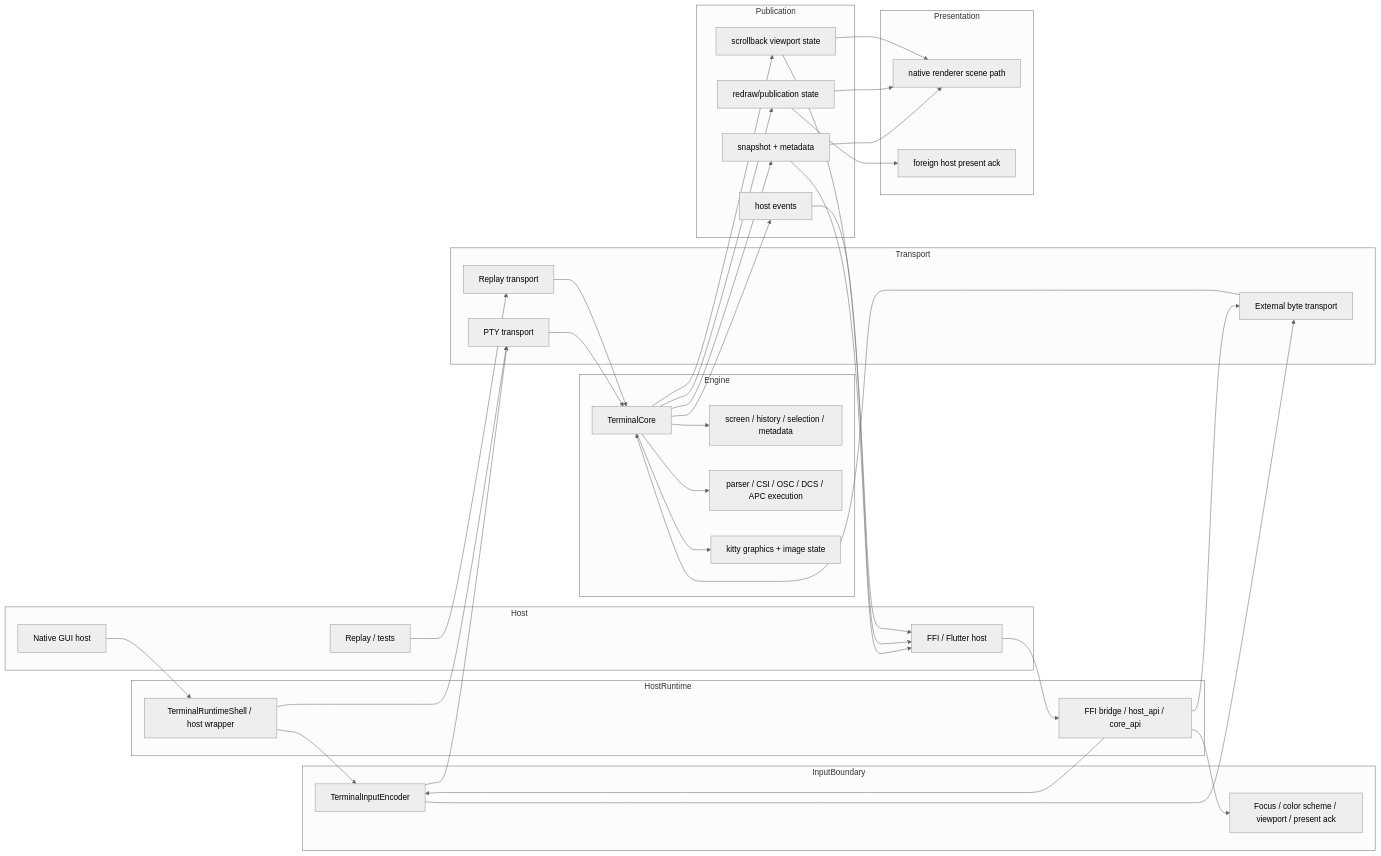
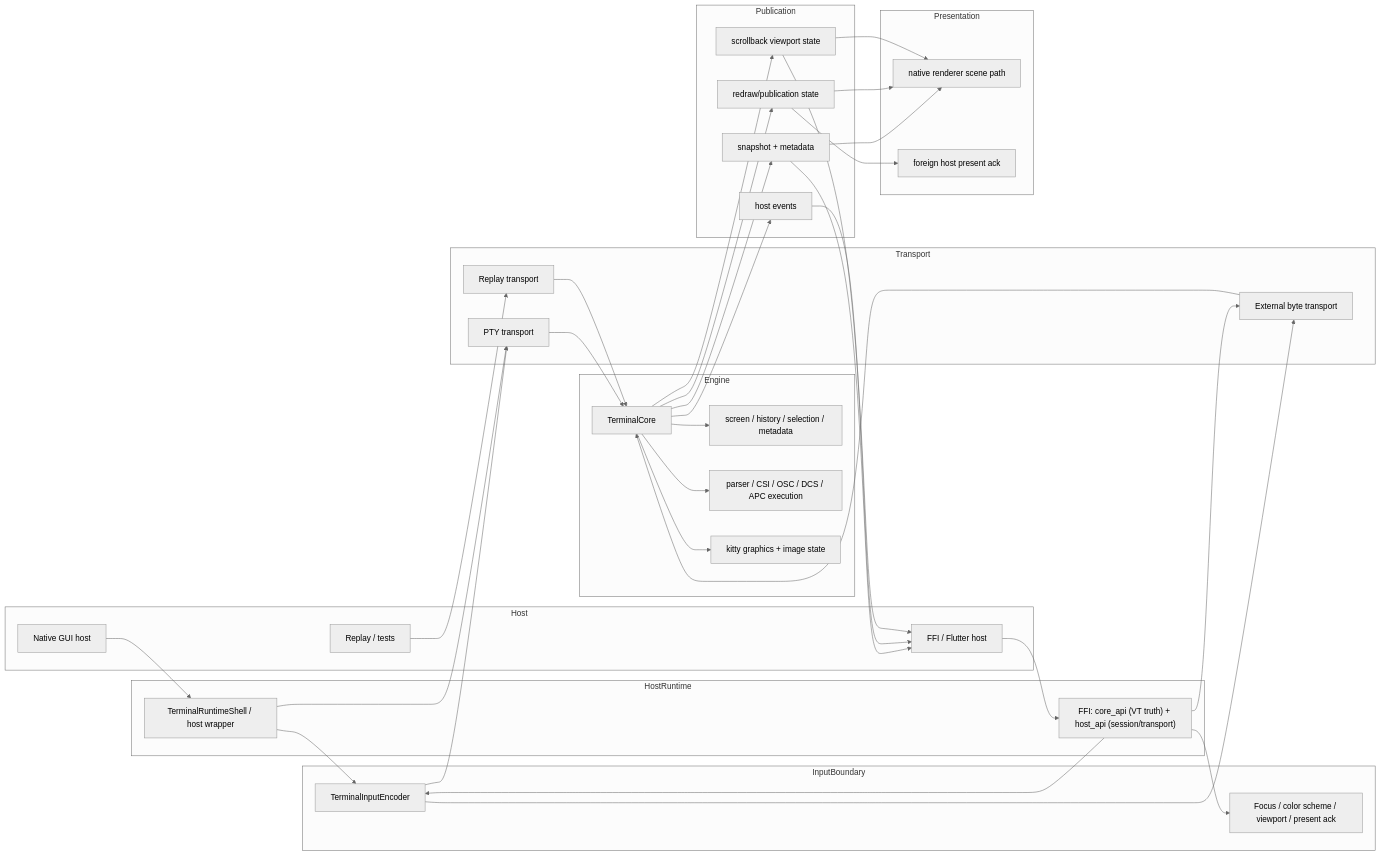
Before and after one commit to LaurenceGuws/Zide: the second of 4 diagrams in app_architecture/terminal/TERMINAL_SUBSYSTEM_LAYERS.md, drawn with Mermaid (neutral theme). The commit also changed other lines of this file, not shown here.

First line of the commit message:
docs(czh): separate VT core FFI from BYO-PTY seam in subsystem layers

````diff
--- a/app_architecture/terminal/TERMINAL_SUBSYSTEM_LAYERS.md
+++ b/app_architecture/terminal/TERMINAL_SUBSYSTEM_LAYERS.md
@@ -59,77 +59,77 @@
 ```mermaid
 flowchart LR
     subgraph Host
         Native["Native GUI host"]
         FFI["FFI / Flutter host"]
         Replay["Replay / tests"]
     end
 
     subgraph HostRuntime
         Shell["TerminalRuntimeShell / host wrapper"]
-        Bridge["FFI bridge / host_api / core_api"]
+        Bridge["FFI: core_api (VT truth) + host_api (session/transport)"]
     end
 
     subgraph InputBoundary
         Encoder["TerminalInputEncoder"]
         HostSignals["Focus / color scheme / viewport / present ack"]
     end
 
     subgraph Transport
         Pty["PTY transport"]
         External["External byte transport"]
         Fixture["Replay transport"]
     end
 
     subgraph Engine
         Core["TerminalCore"]
         Model["screen / history / selection / metadata"]
         Protocol["parser / CSI / OSC / DCS / APC execution"]
         Graphics["kitty graphics + image state"]
     end
 
     subgraph Publication
         Snapshot["snapshot + metadata"]
         Events["host events"]
         Redraw["redraw/publication state"]
         Viewport["scrollback viewport state"]
     end
 
     subgraph Presentation
         NativeRender["native renderer scene path"]
         ForeignPresent["foreign host present ack"]
     end
 
     Native --> Shell
     FFI --> Bridge
     Replay --> Fixture
 
     Shell --> Encoder
     Shell --> Pty
     Bridge --> Encoder
     Bridge --> External
     Bridge --> HostSignals
 
     Encoder --> Pty
     Encoder --> External
 
     Pty --> Core
     External --> Core
     Fixture --> Core
 
     Core --> Model
     Core --> Protocol
     Core --> Graphics
 
     Core --> Snapshot
     Core --> Events
     Core --> Redraw
     Core --> Viewport
 
     Snapshot --> NativeRender
     Snapshot --> FFI
     Events --> FFI
     Redraw --> NativeRender
     Redraw --> ForeignPresent
     Viewport --> NativeRender
     Viewport --> FFI
 ```
````
